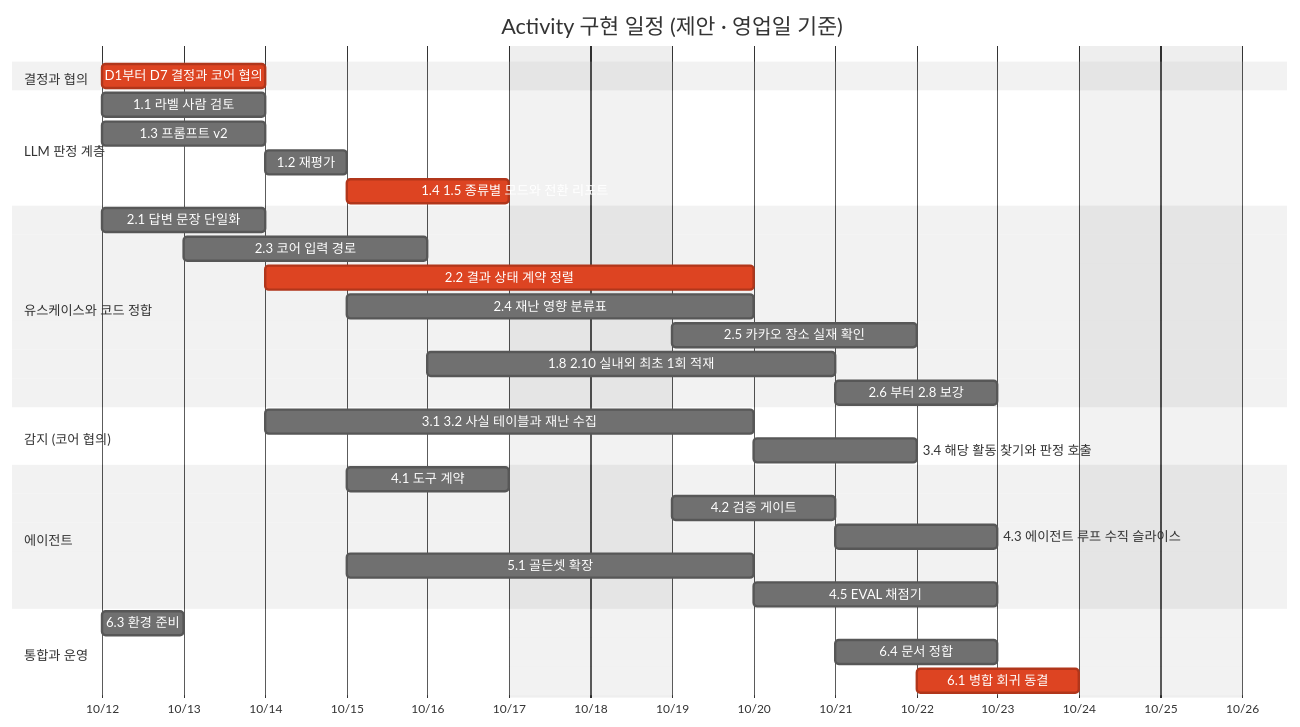
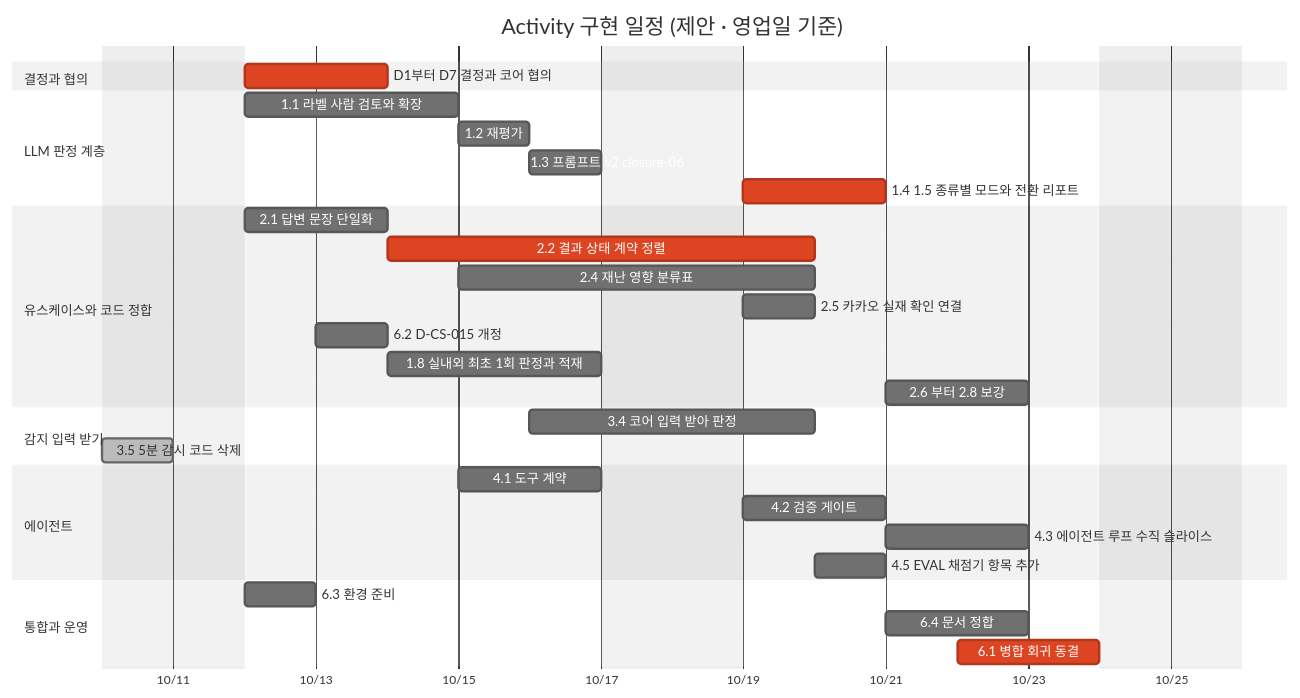
Before and after one commit to SKNETWORKS-FAMILY-AICAMP/SKN32-FINAL-6TEAM: the fourth of 4 diagrams in final_project_cs/wiki/teams/Activity_구현계획서.md, drawn with Mermaid (neutral theme). The commit also changed other lines of this file, not shown here.

````diff
--- a/final_project_cs/wiki/teams/Activity_구현계획서.md
+++ b/final_project_cs/wiki/teams/Activity_구현계획서.md
@@ -281,41 +280,40 @@
 ```mermaid
 gantt
     title Activity 구현 일정 (제안 · 영업일 기준)
     dateFormat  YYYY-MM-DD
     axisFormat  %m/%d
     excludes    weekends
 
     section 결정과 협의
     D1부터 D7 결정과 코어 협의      :crit, dec, 2026-10-12, 2d
 
     section LLM 판정 계층
-    1.1 라벨 사람 검토              :l11, 2026-10-12, 2d
-    1.3 프롬프트 v2                 :l13, 2026-10-12, 2d
-    1.2 재평가                      :l12, after l11 l13, 1d
-    1.4 1.5 종류별 모드와 전환 리포트 :crit, l14, after l12, 2d
+    1.1 라벨 사람 검토와 확장        :l11, 2026-10-12, 3d
+    1.2 재평가                      :l12, after l11, 1d
+    1.3 프롬프트 v2 closure-06      :l13, after l12, 1d
+    1.4 1.5 종류별 모드와 전환 리포트 :crit, l14, after l13, 2d
 
     section 유스케이스와 코드 정합
     2.1 답변 문장 단일화            :w21, 2026-10-12, 2d
-    2.3 코어 입력 경로              :w23, 2026-10-13, 3d
     2.2 결과 상태 계약 정렬         :crit, w22, 2026-10-14, 4d
     2.4 재난 영향 분류표            :w24, 2026-10-15, 3d
-    2.5 카카오 장소 실재 확인       :w25, 2026-10-19, 3d
-    1.8 2.10 실내외 최초 1회 적재    :w210, 2026-10-16, 3d
+    2.5 카카오 실재 확인 연결       :w25, 2026-10-19, 1d
+    6.2 D-CS-015 개정              :w62, 2026-10-13, 1d
+    1.8 실내외 최초 1회 판정과 적재  :w18, after w62, 3d
     2.6 부터 2.8 보강               :w26, 2026-10-21, 2d
 
-    section 감지 (코어 협의)
-    3.1 3.2 사실 테이블과 재난 수집  :w31, 2026-10-14, 4d
-    3.4 해당 활동 찾기와 판정 호출   :w34, after w31, 2d
+    section 감지 입력 받기
+    3.4 코어 입력 받아 판정         :w34, 2026-10-16, 2d
+    3.5 5분 감시 코드 삭제          :done, w35, 2026-10-10, 1d
 
     section 에이전트
     4.1 도구 계약                   :w41, 2026-10-15, 2d
     4.2 검증 게이트                 :w42, after w41, 2d
     4.3 에이전트 루프 수직 슬라이스  :w43, after w42, 2d
-    5.1 골든셋 확장                 :w51, 2026-10-15, 3d
-    4.5 EVAL 채점기                 :w45, 2026-10-20, 3d
+    4.5 EVAL 채점기 항목 추가        :w45, 2026-10-20, 1d
 
     section 통합과 운영
     6.3 환경 준비                   :w63, 2026-10-12, 1d
     6.4 문서 정합                   :w64, 2026-10-21, 2d
     6.1 병합 회귀 동결               :crit, w61, 2026-10-22, 2d
 ```
````
